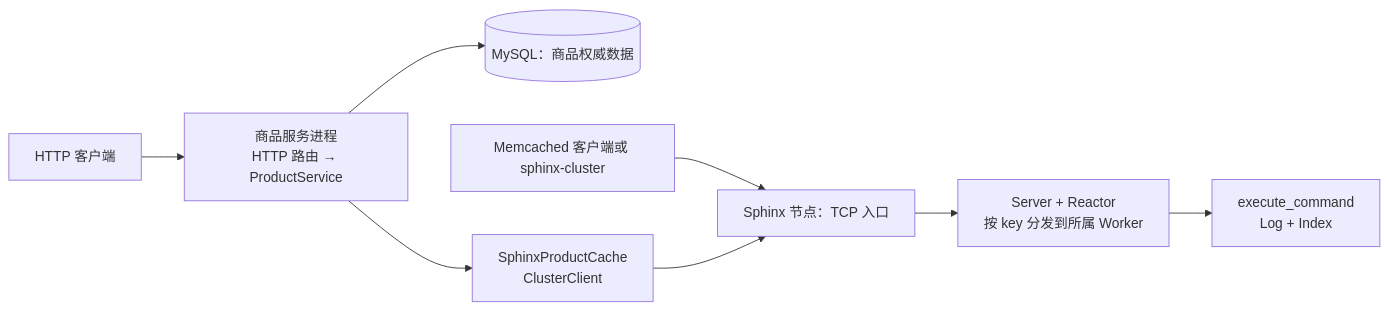
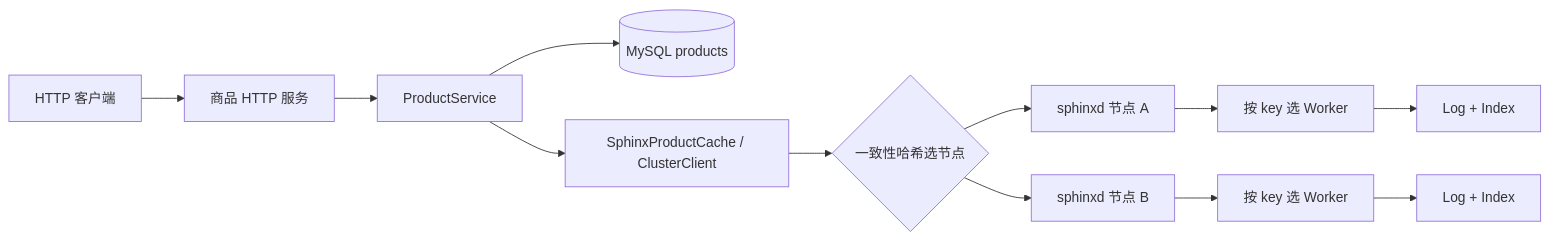
One commit to clen3zz/sphinx changed the diagram in docs/ARCHITECTURE.md. Above: the diagram before and after it, drawn with Mermaid. The commit also changed other lines of this file and 4 other files, not shown here.

Commit message:
Document MySQL product flow and unified architecture

````diff
--- a/docs/ARCHITECTURE.md
+++ b/docs/ARCHITECTURE.md
@@ -7,10 +7,14 @@
 ```mermaid
 flowchart LR
-    HTTP[HTTP 客户端] --> P[商品服务进程<br/>HTTP 路由 → ProductService]
-    P --> M[(MySQL：商品权威数据)]
-    P --> C[SphinxProductCache<br/>ClusterClient]
-    CLI[Memcached 客户端或 sphinx-cluster] --> N
-    C --> N[Sphinx 节点：TCP 入口]
-    N --> W[Server + Reactor<br/>按 key 分发到所属 Worker]
-    W --> L[execute_command<br/>Log + Index]
+    U[HTTP 客户端] --> H[商品 HTTP 服务]
+    H --> B[ProductService]
+    B --> M[(MySQL products)]
+    B --> C[SphinxProductCache / ClusterClient]
+    C --> R{一致性哈希选节点}
+    R --> N1[sphinxd 节点 A]
+    R --> N2[sphinxd 节点 B]
+    N1 --> W1[按 key 选 Worker]
+    N2 --> W2[按 key 选 Worker]
+    W1 --> L1[Log + Index]
+    W2 --> L2[Log + Index]
 ```
````
